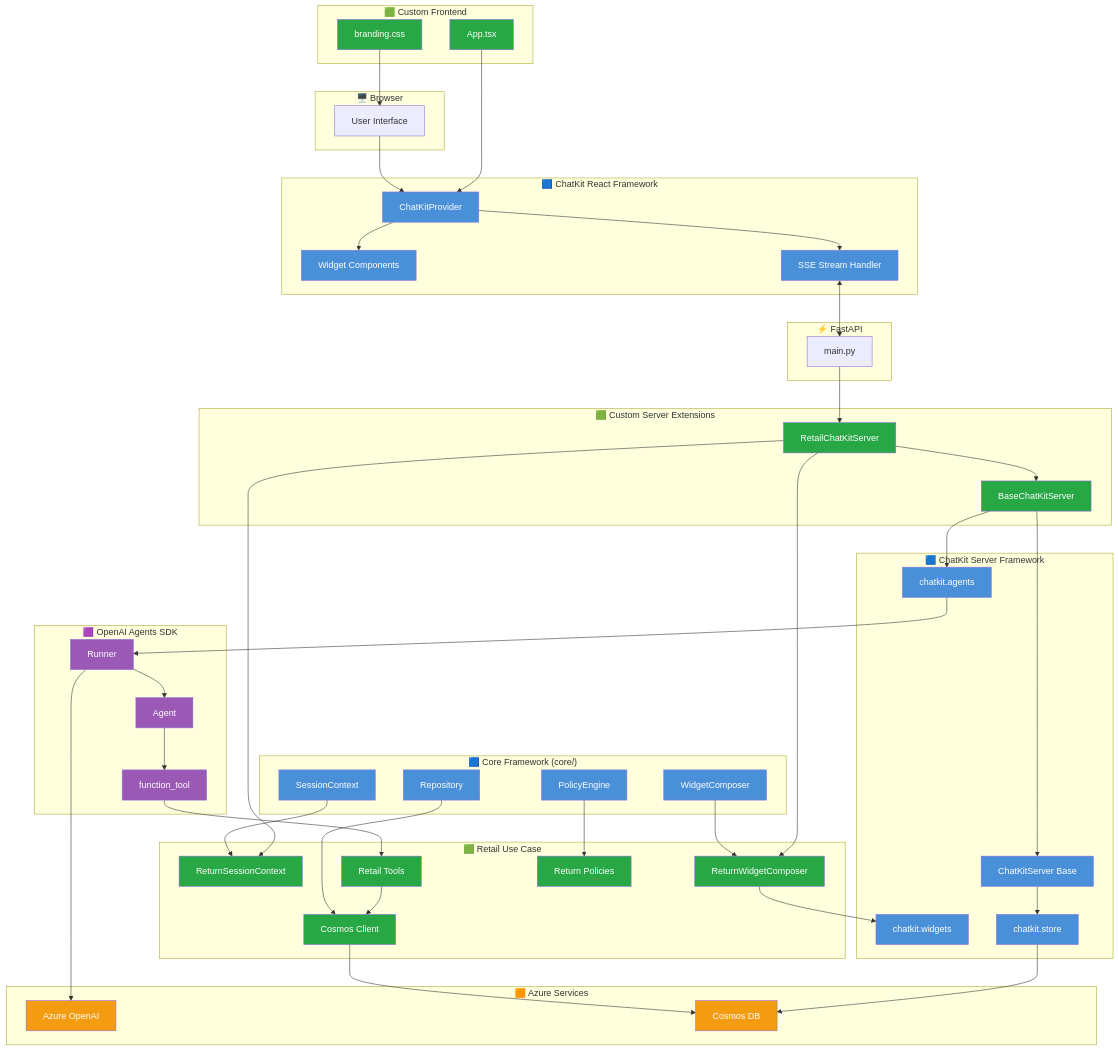
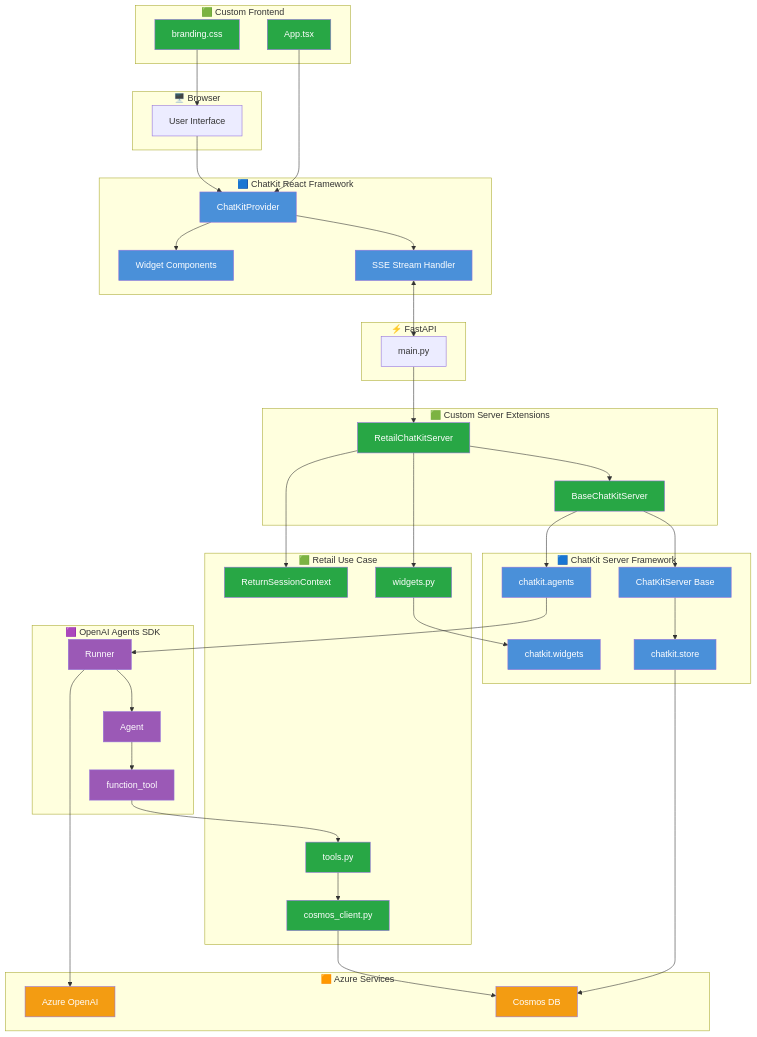
Before and after one commit to MSFT-Innovation-Hub-India/Chatkit-Order-Return-Sample: the ninth of 9 diagrams in docs/DIAGRAMS.md, drawn with Mermaid. The commit also changed other lines of this file and 7 other files, not shown here.

```diff
--- a/docs/DIAGRAMS.md
+++ b/docs/DIAGRAMS.md
@@ -705,13 +623,6 @@
         CKStore[chatkit.store]
     end
     
-    subgraph CoreFramework["🟦 Core Framework (core/)"]
-        SessionContext[SessionContext]
-        WidgetComposer[WidgetComposer]
-        Repository[Repository]
-        PolicyEngine[PolicyEngine]
-    end
-    
     subgraph CustomServer["🟩 Custom Server Extensions"]
         BaseServer[BaseChatKitServer]
         RetailServer[RetailChatKitServer]
@@ -719,10 +630,9 @@
     
     subgraph RetailDomain["🟩 Retail Use Case"]
         ReturnSessionCtx[ReturnSessionContext]
-        ReturnWidgetComposer[ReturnWidgetComposer]
-        RetailTools[Retail Tools]
-        RetailPolicies[Return Policies]
-        CosmosClient[Cosmos Client]
+        WidgetBuilders[widgets.py]
+        RetailTools[tools.py]
+        CosmosClient[cosmos_client.py]
     end
     
     subgraph AgentsSDK["🟪 OpenAI Agents SDK"]
@@ -747,16 +657,10 @@
     RetailServer --> BaseServer
     BaseServer --> CKServer
     
-    %% Core Framework connections
-    SessionContext --> ReturnSessionCtx
-    WidgetComposer --> ReturnWidgetComposer
-    Repository --> CosmosClient
-    PolicyEngine --> RetailPolicies
-    
     %% Retail Use Case connections
     RetailServer --> ReturnSessionCtx
-    RetailServer --> ReturnWidgetComposer
-    ReturnWidgetComposer --> CKWidgets
+    RetailServer --> WidgetBuilders
+    WidgetBuilders --> CKWidgets
     
     BaseServer --> CKAgents
     CKAgents --> Runner
@@ -779,17 +683,12 @@
     style CKAgents fill:#4a90d9,color:#fff
     style CKWidgets fill:#4a90d9,color:#fff
     style CKStore fill:#4a90d9,color:#fff
-    style SessionContext fill:#4a90d9,color:#fff
-    style WidgetComposer fill:#4a90d9,color:#fff
-    style Repository fill:#4a90d9,color:#fff
-    style PolicyEngine fill:#4a90d9,color:#fff
     
     style BaseServer fill:#28a745,color:#fff
     style RetailServer fill:#28a745,color:#fff
     style ReturnSessionCtx fill:#28a745,color:#fff
-    style ReturnWidgetComposer fill:#28a745,color:#fff
+    style WidgetBuilders fill:#28a745,color:#fff
     style RetailTools fill:#28a745,color:#fff
-    style RetailPolicies fill:#28a745,color:#fff
     style CosmosClient fill:#28a745,color:#fff
     style AppTsx fill:#28a745,color:#fff
     style Branding fill:#28a745,color:#fff
```
